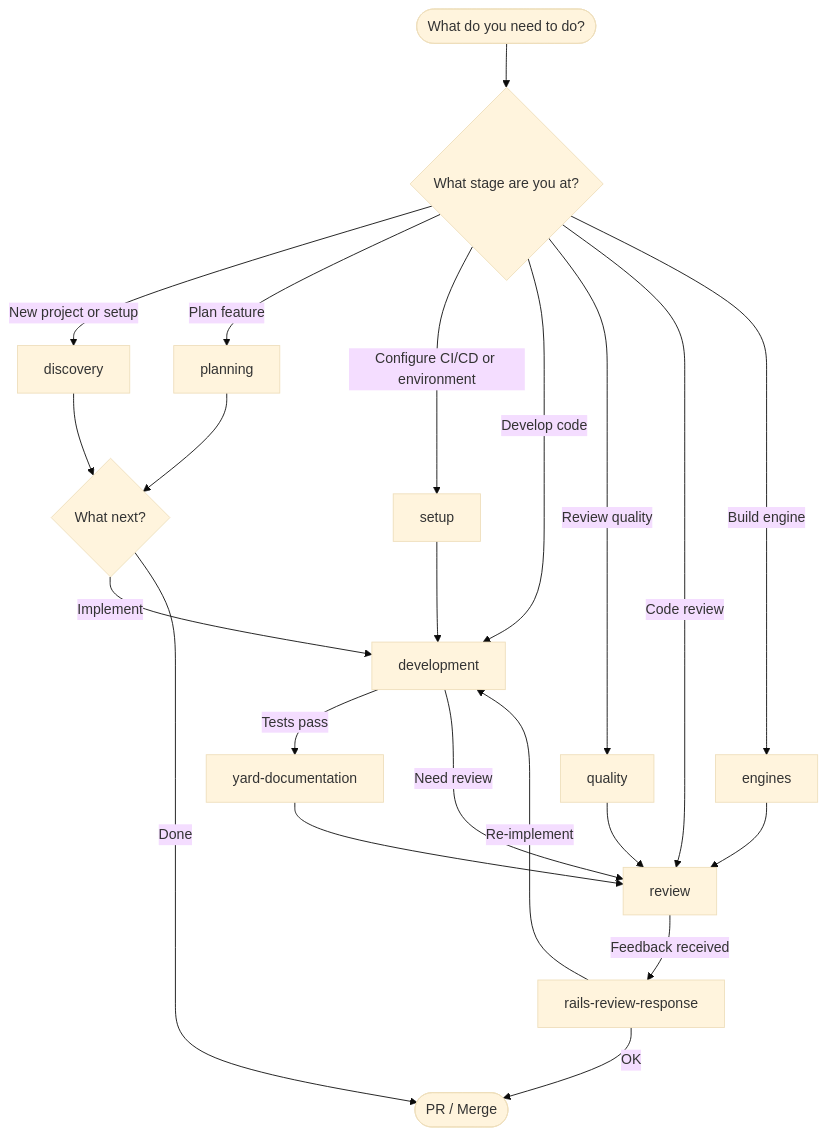
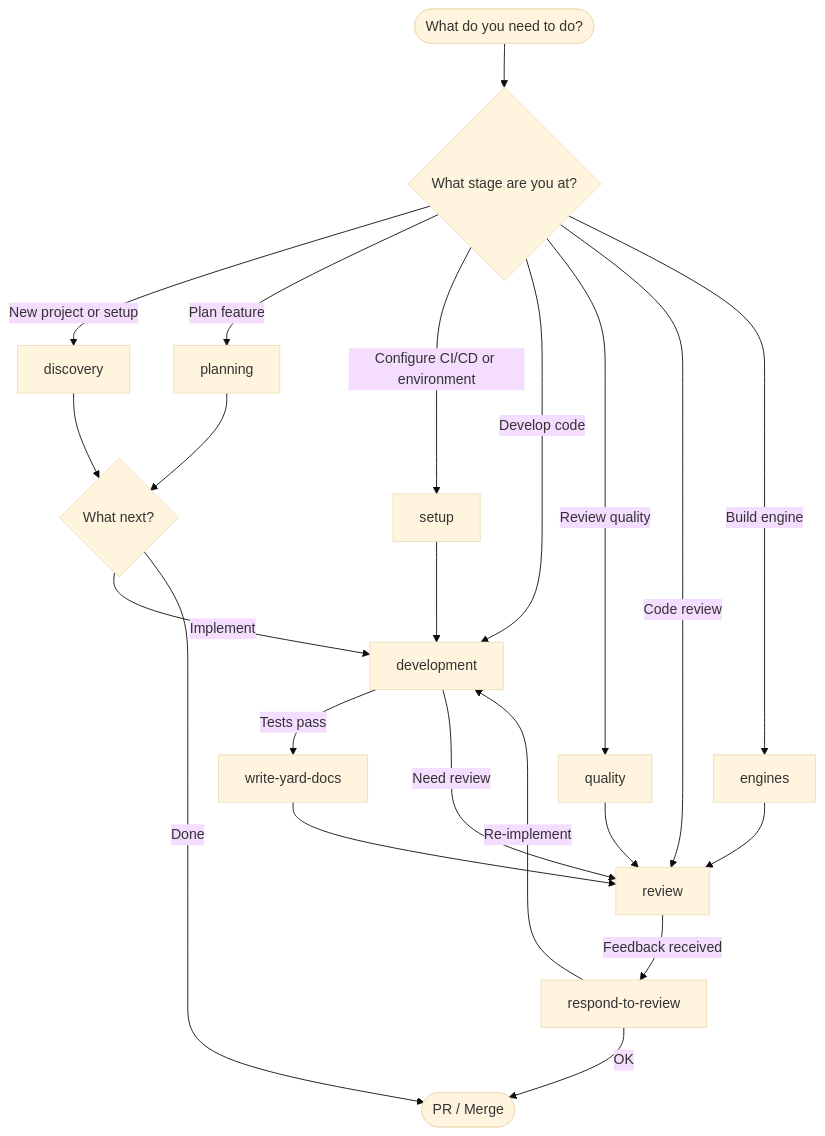
The diagram in docs/workflows/README.md (igmarin/my-RoR-personal-skills), drawn with Mermaid (base theme) before and after one commit. The commit also changed other lines of this file and 295 other files, not shown here.

First line of the commit message:
Refactor names flows (#57)

````diff
--- a/docs/workflows/README.md
+++ b/docs/workflows/README.md
@@ -9,30 +9,30 @@
 ```mermaid
 flowchart TD
     START([What do you need to do?]) --> DECISION{What stage are you at?}
 
     DECISION -->|New project or setup| DISCOVERY[discovery]
     DECISION -->|Plan feature| PLANNING[planning]
     DECISION -->|Configure CI/CD or environment| SETUP[setup]
     DECISION -->|Develop code| DEV[development]
     DECISION -->|Review quality| QUALITY[quality]
     DECISION -->|Code review| REVIEW[review]
     DECISION -->|Build engine| ENGINES[engines]
 
     DISCOVERY --> NEXT{What next?}
     PLANNING --> NEXT
     SETUP --> DEV
 
     NEXT -->|Implement| DEV
     NEXT -->|Done| END([PR / Merge])
 
-    DEV -->|Tests pass| YARD[yard-documentation]
+    DEV -->|Tests pass| YARD[write-yard-docs]
     DEV -->|Need review| REVIEW
 
     YARD --> REVIEW
-    REVIEW -->|Feedback received| RESPOND[rails-review-response]
+    REVIEW -->|Feedback received| RESPOND[respond-to-review]
     RESPOND -->|Re-implement| DEV
     RESPOND -->|OK| END
 
     QUALITY --> REVIEW
     ENGINES --> REVIEW
 ```
````
